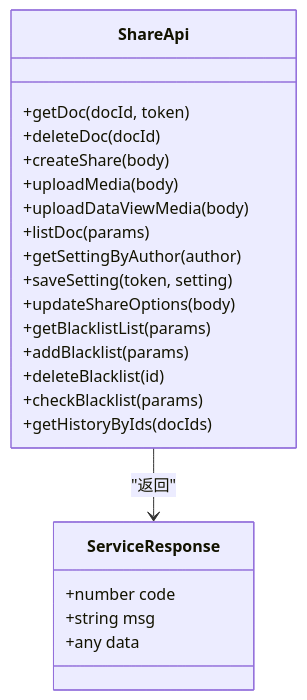
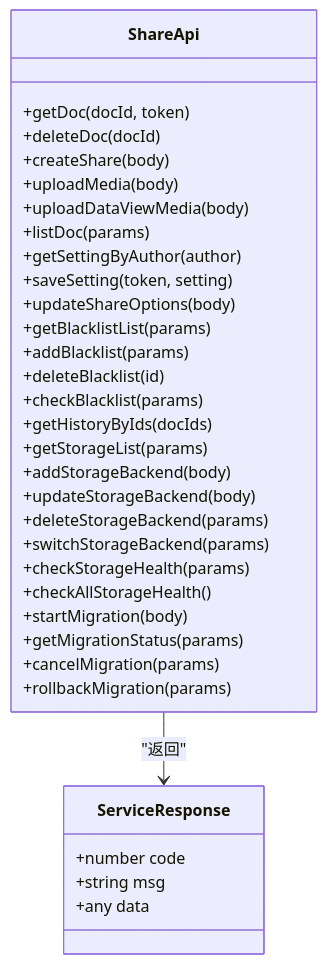
One commit to terwerinc/siyuan-plugin-share-pro changed the sixth of 8 diagrams in .qoder/repowiki/zh/content/开放规范/开放规范.md. Above: the diagram before and after it, drawn with Mermaid. The commit also changed other lines of this file and 6 other files, not shown here.

````diff
--- a/.qoder/repowiki/zh/content/开放规范/开放规范.md
+++ b/.qoder/repowiki/zh/content/开放规范/开放规范.md
@@ -301,25 +331,36 @@
 ```mermaid
 classDiagram
 class ShareApi {
 +getDoc(docId, token)
 +deleteDoc(docId)
 +createShare(body)
 +uploadMedia(body)
 +uploadDataViewMedia(body)
 +listDoc(params)
 +getSettingByAuthor(author)
 +saveSetting(token, setting)
 +updateShareOptions(body)
 +getBlacklistList(params)
 +addBlacklist(params)
 +deleteBlacklist(id)
 +checkBlacklist(params)
 +getHistoryByIds(docIds)
++getStorageList(params)
++addStorageBackend(body)
++updateStorageBackend(body)
++deleteStorageBackend(params)
++switchStorageBackend(params)
++checkStorageHealth(params)
++checkAllStorageHealth()
++startMigration(body)
++getMigrationStatus(params)
++cancelMigration(params)
++rollbackMigration(params)
 }
 class ServiceResponse {
 +number code
 +string msg
 +any data
 }
 ShareApi --> ServiceResponse : "返回"
 ```
````
